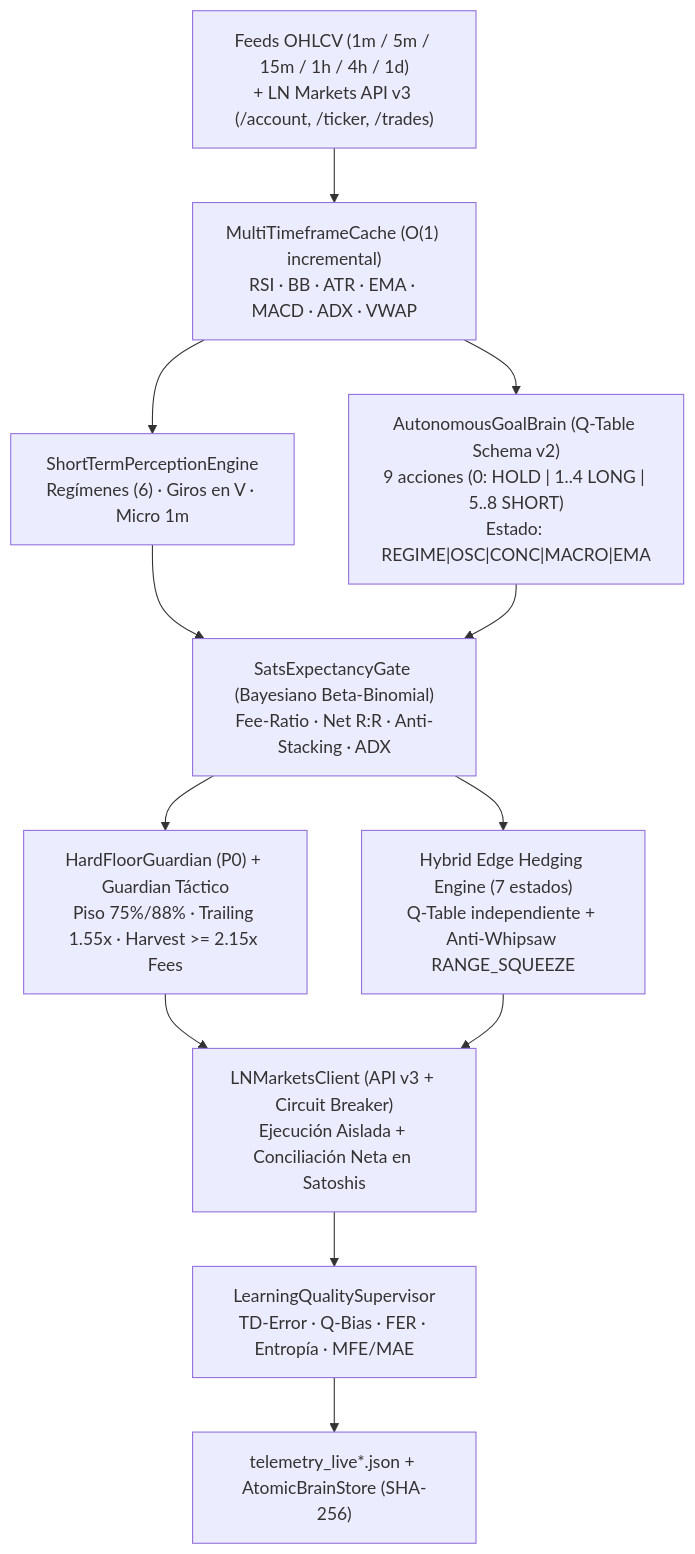
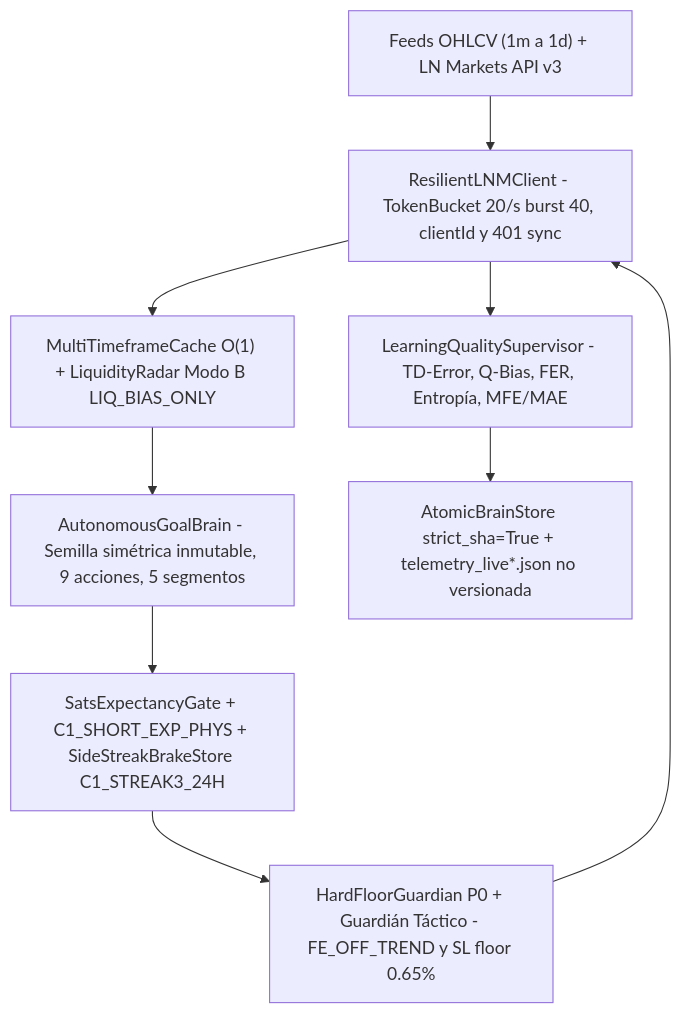
One commit to felipemonsalve28-eng/lnmsniper changed the diagram in README.md. Above: the diagram before and after it, drawn with Mermaid. The commit also changed other lines of this file, not shown here.

Commit message:
docs(readme): replace README with updated C1_STREAK3_24H_INV architecture and Termux guide

````diff
--- a/README.md
+++ b/README.md
@@ -27,14 +28,11 @@
 ```mermaid
 flowchart TD
-    MKT["Feeds OHLCV (1m / 5m / 15m / 1h / 4h / 1d)<br/>+ LN Markets API v3 (/account, /ticker, /trades)"] --> MTF["MultiTimeframeCache (O(1) incremental)<br/>RSI · BB · ATR · EMA · MACD · ADX · VWAP"]
-    MTF --> PERC["ShortTermPerceptionEngine<br/>Regímenes (6) · Giros en V · Micro 1m"]
-    MTF --> BRAIN["AutonomousGoalBrain (Q-Table Schema v2)<br/>9 acciones (0: HOLD | 1..4 LONG | 5..8 SHORT)<br/>Estado: REGIME|OSC|CONC|MACRO|EMA"]
-    PERC --> GATE["SatsExpectancyGate (Bayesiano Beta-Binomial)<br/>Fee-Ratio · Net R:R · Anti-Stacking · ADX"]
-    BRAIN --> GATE
-    GATE --> GUARD["HardFloorGuardian (P0) + Guardian Táctico<br/>Piso 75%/88% · Trailing 1.55x · Harvest >= 2.15x Fees"]
-    GATE --> HEDGE["Hybrid Edge Hedging Engine (7 estados)<br/>Q-Table independiente + Anti-Whipsaw RANGE_SQUEEZE"]
-    GUARD --> LNM["LNMarketsClient (API v3 + Circuit Breaker)<br/>Ejecución Aislada + Conciliación Neta en Satoshis"]
-    HEDGE --> LNM
-    LNM --> SUP["LearningQualitySupervisor<br/>TD-Error · Q-Bias · FER · Entropía · MFE/MAE"]
-    SUP --> TEL["telemetry_live*.json + AtomicBrainStore (SHA-256)"]
+    MKT["Feeds OHLCV (1m a 1d) + LN Markets API v3"] --> CLIENT["ResilientLNMClient - TokenBucket 20/s burst 40, clientId y 401 sync"]
+    CLIENT --> MTF["MultiTimeframeCache O(1) + LiquidityRadar Modo B LIQ_BIAS_ONLY"]
+    MTF --> BRAIN["AutonomousGoalBrain - Semilla simétrica inmutable, 9 acciones, 5 segmentos"]
+    BRAIN --> GATE["SatsExpectancyGate + C1_SHORT_EXP_PHYS + SideStreakBrakeStore C1_STREAK3_24H"]
+    GATE --> GUARD["HardFloorGuardian P0 + Guardián Táctico - FE_OFF_TREND y SL floor 0.65%"]
+    GUARD --> CLIENT
+    CLIENT --> SUP["LearningQualitySupervisor - TD-Error, Q-Bias, FER, Entropía, MFE/MAE"]
+    SUP --> STORE["AtomicBrainStore strict_sha=True + telemetry_live*.json no versionada"]
 ```
````
